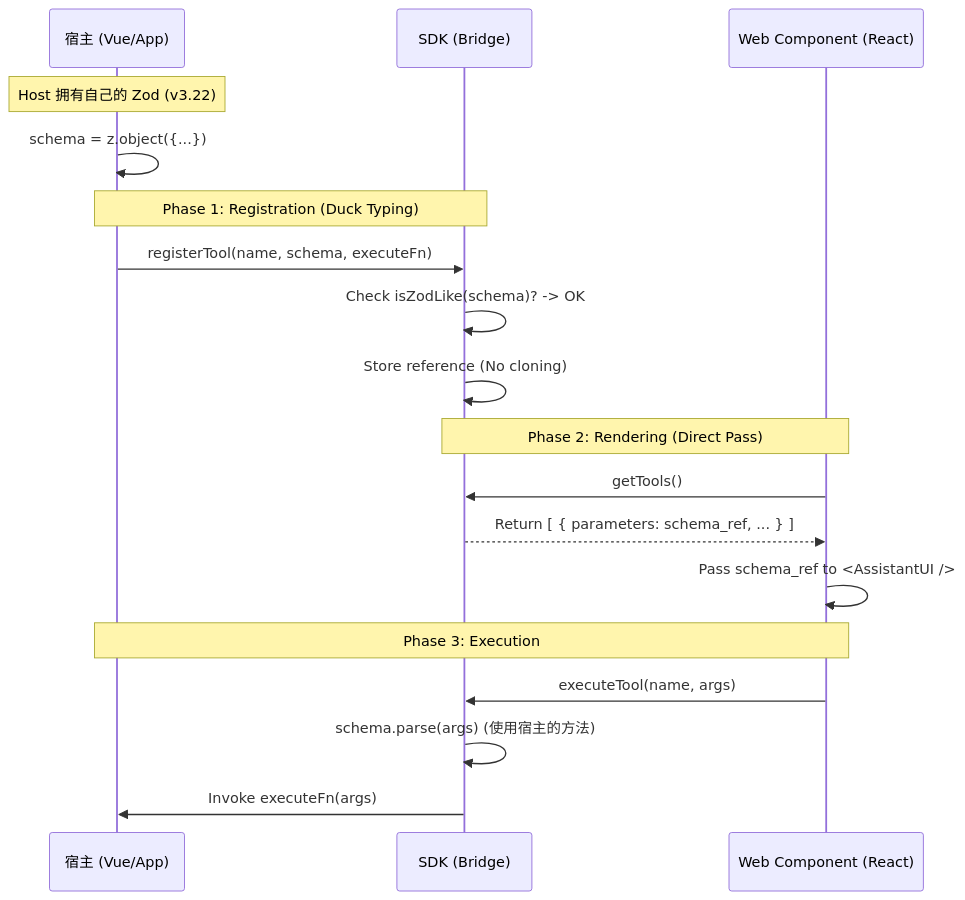
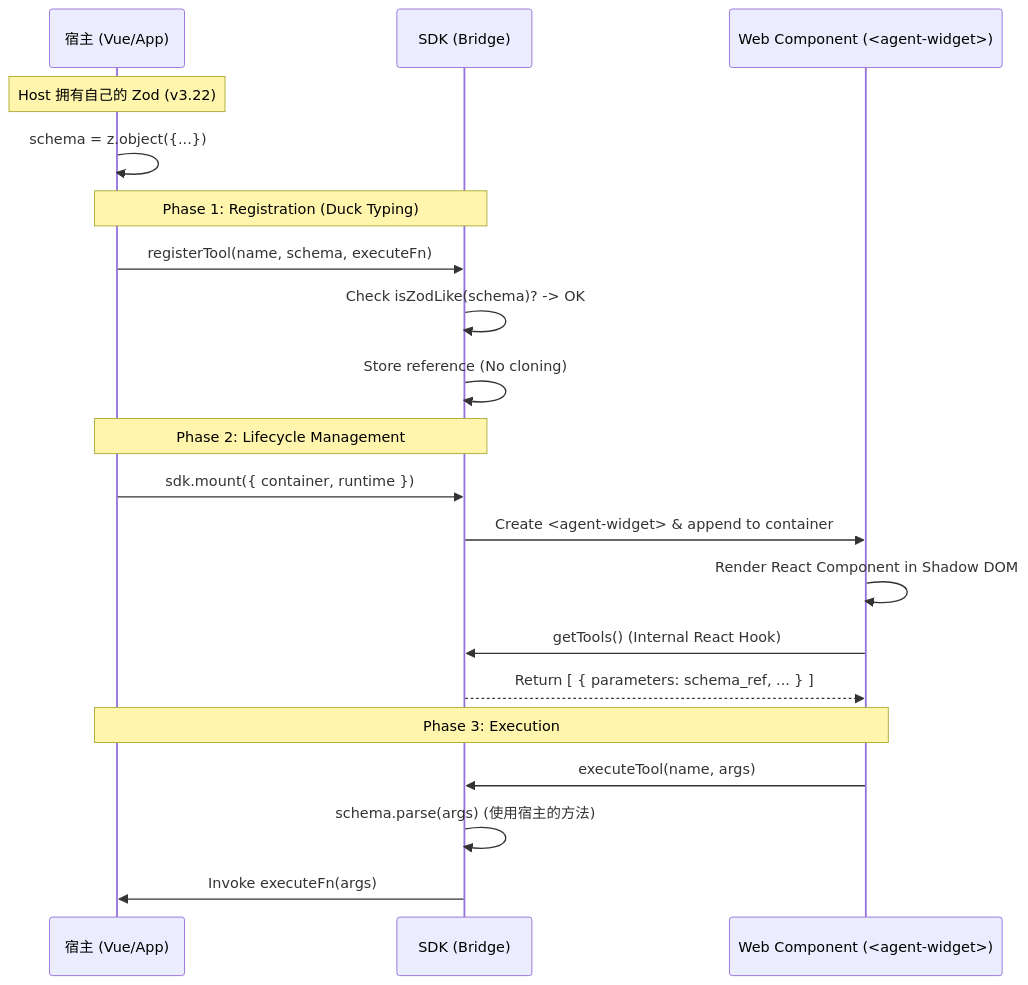
Before and after one commit to dszdsxc19/chat-agent-sdk-demo: the diagram in 产品技术方案.md, drawn with Mermaid. The commit also changed other lines of this file, not shown here.

````diff
--- a/产品技术方案.md
+++ b/产品技术方案.md
@@ -26,25 +28,26 @@
 ```mermaid
 sequenceDiagram
     participant Host as 宿主 (Vue/App)
     participant SDK as SDK (Bridge)
-    participant WC as Web Component (React)
+    participant WC as Web Component (<agent-widget>)
 
     Note over Host: Host 拥有自己的 Zod (v3.22)
     Host->>Host: schema = z.object({...})
 
     Note over Host, SDK: Phase 1: Registration (Duck Typing)
     Host->>SDK: registerTool(name, schema, executeFn)
     SDK->>SDK: Check isZodLike(schema)? -> OK
     SDK->>SDK: Store reference (No cloning)
 
-    Note over SDK, WC: Phase 2: Rendering (Direct Pass)
-    WC->>SDK: getTools()
+    Note over Host, SDK: Phase 2: Lifecycle Management
+    Host->>SDK: sdk.mount({ container, runtime })
+    SDK->>WC: Create <agent-widget> & append to container
+    WC->>WC: Render React Component in Shadow DOM
+    WC->>SDK: getTools() (Internal React Hook)
     SDK-->>WC: Return [ { parameters: schema_ref, ... } ]
-    WC->>WC: Pass schema_ref to <AssistantUI />
     
     Note over WC, Host: Phase 3: Execution
     WC->>SDK: executeTool(name, args)
     SDK->>SDK: schema.parse(args) (使用宿主的方法)
     SDK->>Host: Invoke executeFn(args)
-
 ```
````
